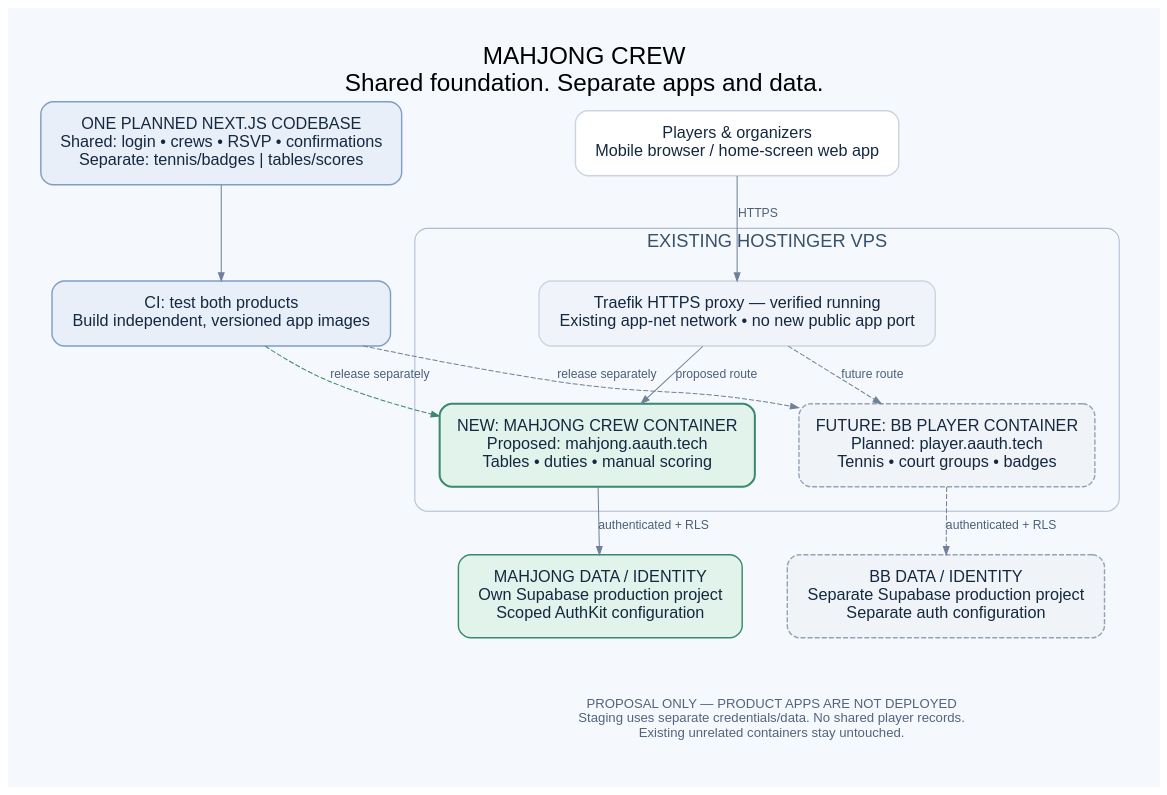
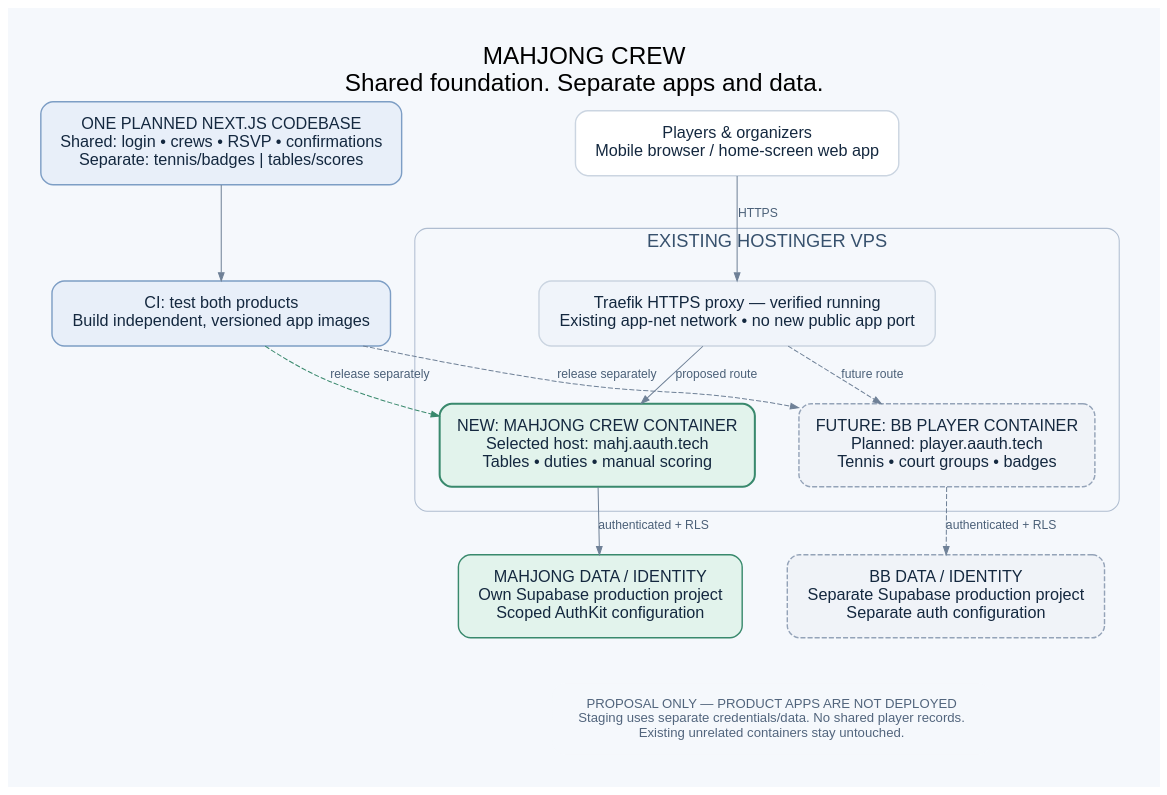
One commit to gkedev/mackay changed the diagram in docs/assets/mahjong-deployment.dot. Above: the diagram before and after it, drawn with Graphviz. The commit also changed 2 other files, not shown here.

Commit message:
Record American Mahjong choice, per-session rules and mahj hostname

```diff
--- a/docs/assets/mahjong-deployment.dot
+++ b/docs/assets/mahjong-deployment.dot
@@ -1,34 +1,34 @@
 digraph deployment {
   graph [rankdir=TB, bgcolor="#F5F8FC", pad="0.45", nodesep="0.6", ranksep="0.6", fontname="Liberation Sans", fontsize=24, labelloc=t, label="MAHJONG CREW\nShared foundation. Separate apps and data."];
   node [shape=box, style="rounded,filled", fillcolor="#FFFFFF", color="#CBD5E1", penwidth=1.4, fontname="Liberation Sans", fontsize=16, fontcolor="#14283F", margin="0.25,0.20"];
   edge [color="#6F8197", arrowsize=0.8, fontname="Liberation Sans", fontsize=12, fontcolor="#4B6078"];
 
   code [label="ONE PLANNED NEXT.JS CODEBASE\nShared: login • crews • RSVP • confirmations\nSeparate: tennis/badges | tables/scores", fillcolor="#E8EFF9", color="#7D9EC5"];
   ci [label="CI: test both products\nBuild independent, versioned app images", fillcolor="#E8EFF9", color="#7D9EC5"];
   code -> ci;
 
   players [label="Players & organizers\nMobile browser / home-screen web app"];
 
   subgraph cluster_vps {
     label="EXISTING HOSTINGER VPS"; fontname="Liberation Sans"; fontsize=18; fontcolor="#37516D"; color="#AFBDD0"; style="rounded"; margin=24;
     proxy [label="Traefik HTTPS proxy — verified running\nExisting app-net network • no new public app port", fillcolor="#F0F4FA"];
-    mahjong [label="NEW: MAHJONG CREW CONTAINER\nProposed: mahjong.aauth.tech\nTables • duties • manual scoring", fillcolor="#E2F3EC", color="#39896D", penwidth=2];
+    mahjong [label="NEW: MAHJONG CREW CONTAINER\nSelected host: mahj.aauth.tech\nTables • duties • manual scoring", fillcolor="#E2F3EC", color="#39896D", penwidth=2];
     bb [label="FUTURE: BB PLAYER CONTAINER\nPlanned: player.aauth.tech\nTennis • court groups • badges", fillcolor="#F0F3F8", color="#94A3B8", style="rounded,filled,dashed"];
     {rank=same; mahjong; bb;}
     proxy -> mahjong [label="proposed route"];
     proxy -> bb [label="future route", style=dashed];
   }
 
   players -> proxy [label="HTTPS"];
   ci -> mahjong [label="release separately", style=dashed, color="#39896D"];
   ci -> bb [label="release separately", style=dashed];
 
   mjdata [label="MAHJONG DATA / IDENTITY\nOwn Supabase production project\nScoped AuthKit configuration", fillcolor="#E2F3EC", color="#39896D"];
   bbdata [label="BB DATA / IDENTITY\nSeparate Supabase production project\nSeparate auth configuration", fillcolor="#F0F3F8", color="#94A3B8", style="rounded,filled,dashed"];
   {rank=same; mjdata; bbdata;}
   mahjong -> mjdata [label="authenticated + RLS"];
   bb -> bbdata [label="authenticated + RLS", style=dashed];
 
   note [shape=plaintext, label="PROPOSAL ONLY — PRODUCT APPS ARE NOT DEPLOYED\nStaging uses separate credentials/data. No shared player records.\nExisting unrelated containers stay untouched.", fontsize=13, fontcolor="#52657D", fillcolor="#F5F8FC", color="#F5F8FC"];
   mjdata -> note [style=invis]; bbdata -> note [style=invis];
 }
```
